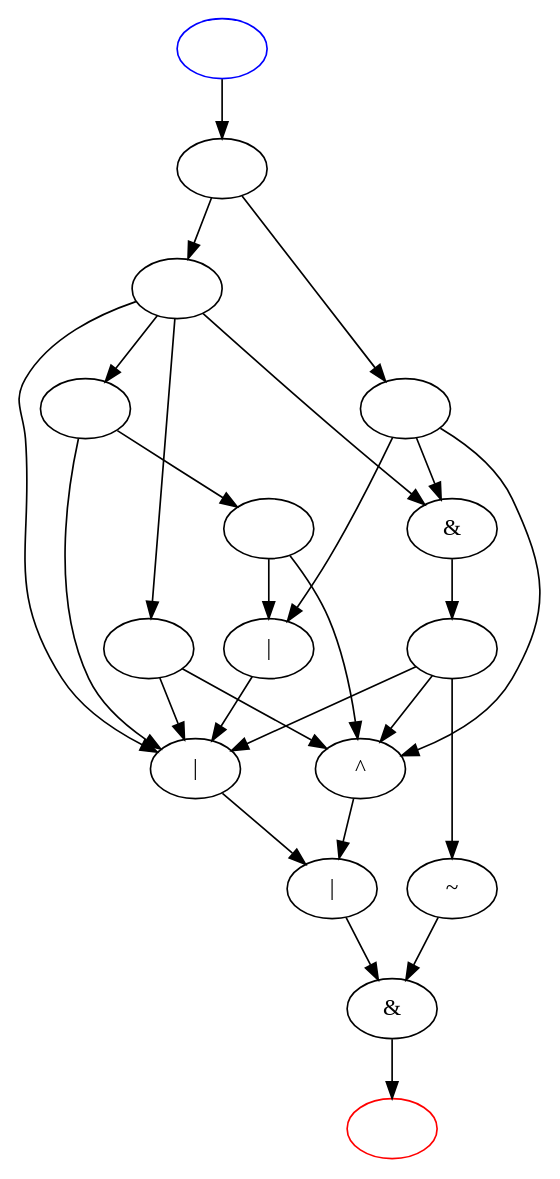
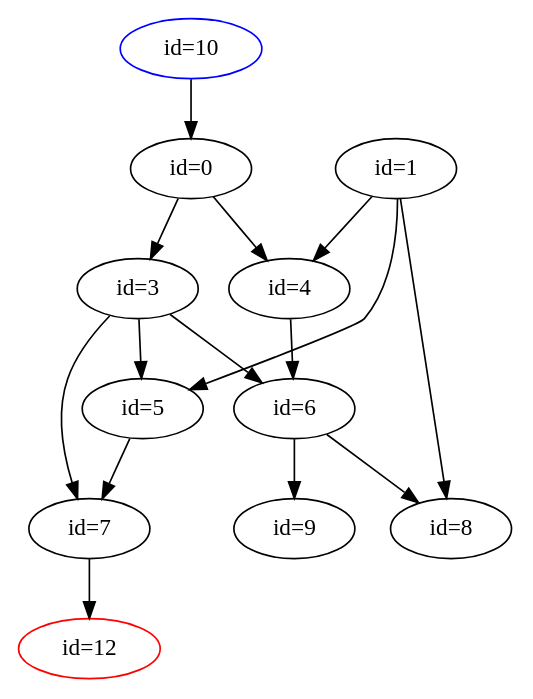
The diagram in digraph.dot (Martin-Masson/projet-graphs-python), drawn with Graphviz before and after one commit. The commit also changed 14 other files, not shown here.

```diff
--- a/digraph.dot
+++ b/digraph.dot
@@ -1,46 +1,29 @@
 digraph G {
-    v0 [label=""];
-    v0 -> v1;
+    v10 [color=blue];
+    v10 [label=" id=10"];
+    v10 -> v0;
+    v0 [label=" id=0"];
+    v0 -> v3;
     v0 -> v4;
-    v0 -> v5;
-    v0 -> v7;
-    v1 [label=""];
-    v1 -> v2;
-    v1 -> v7;
-    v2 [label=""];
-    v2 -> v6;
-    v2 -> v9;
-    v3 [label=""];
+    v1 [label=" id=1"];
+    v1 -> v4;
+    v1 -> v5;
+    v1 -> v8;
+    v3 [label=" id=3"];
     v3 -> v5;
     v3 -> v6;
-    v3 -> v9;
-    v4 [label=""];
-    v4 -> v7;
-    v4 -> v9;
-    v5 [label="&"];
-    v5 -> v18;
-    v6 [label="|"];
-    v6 -> v7;
-    v7 [label="|"];
-    v7 -> v16;
-    v8 [label="~"];
-    v8 -> v17;
-    v9 [label="^"];
-    v9 -> v16;
-    v10 [color=blue];
-    v10 [label=""];
-    v10 -> v15;
-    v13 [color=red];
-    v13 [label=""];
-    v15 [label=""];
-    v15 -> v0;
-    v15 -> v3;
-    v16 [label="|"];
-    v16 -> v17;
-    v17 [label="&"];
-    v17 -> v13;
-    v18 [label=""];
-    v18 -> v7;
-    v18 -> v8;
-    v18 -> v9;
+    v3 -> v7;
+    v4 [label=" id=4"];
+    v4 -> v6;
+    v5 [label=" id=5"];
+    v5 -> v7;
+    v6 [label=" id=6"];
+    v6 -> v8;
+    v6 -> v9;
+    v7 [label=" id=7"];
+    v7 -> v12;
+    v8 [label=" id=8"];
+    v9 [label=" id=9"];
+    v12 [color=red];
+    v12 [label=" id=12"];
 }
```
